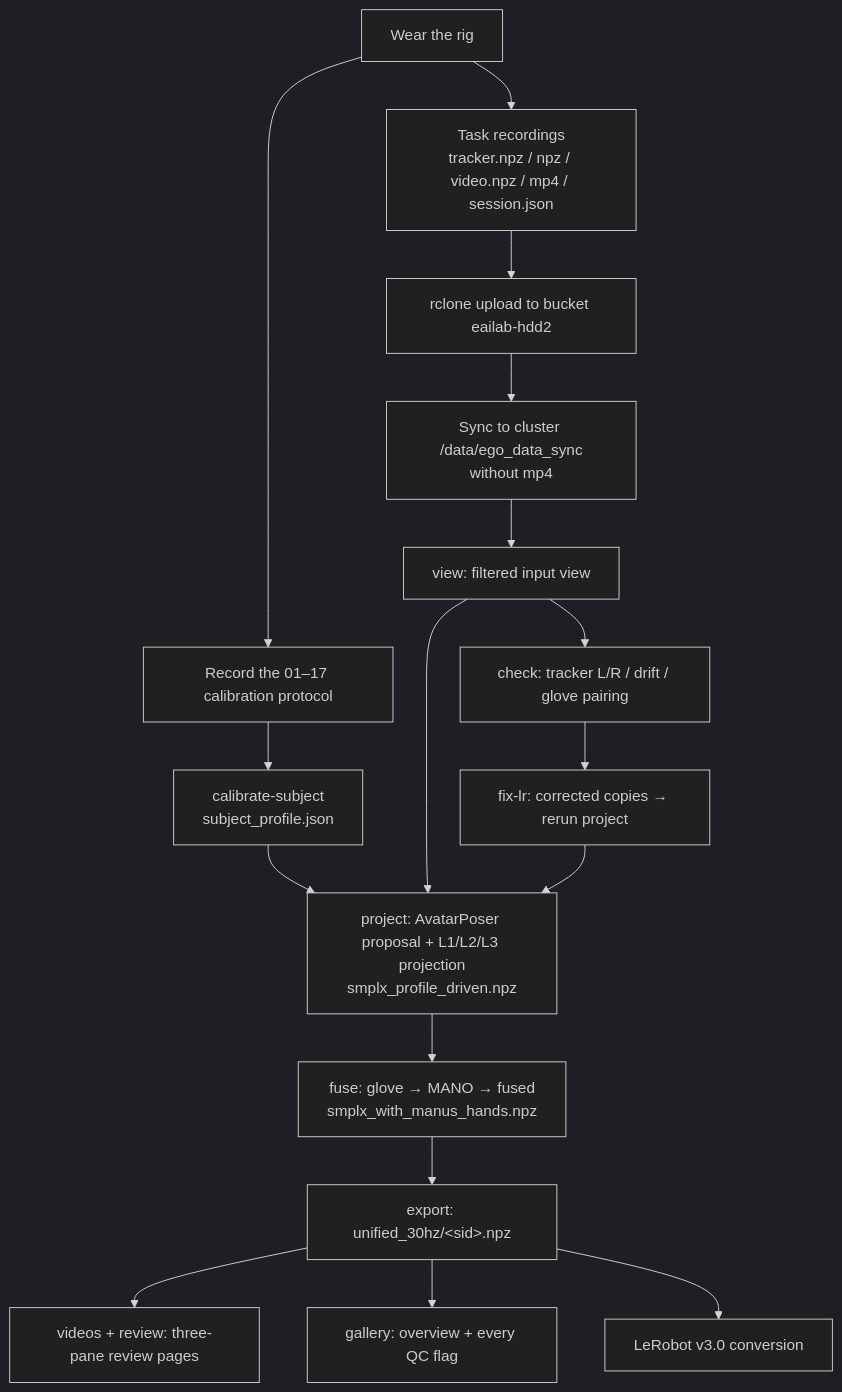
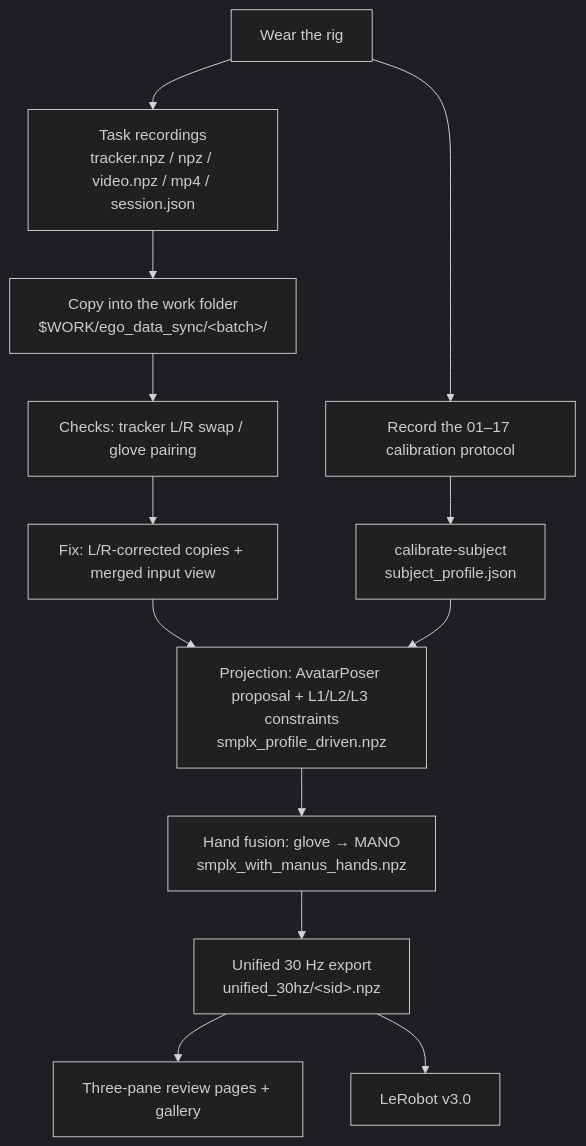
Before and after one commit to InternRobotics/EgoExplorer-Guidelines: the diagram in docs/en/00_overview.md, drawn with Mermaid (dark theme). The commit also changed other lines of this file and 24 other files, not shown here.

````diff
--- a/docs/en/00_overview.md
+++ b/docs/en/00_overview.md
@@ -20,19 +22,15 @@
 ```mermaid
 flowchart TD
     A[Wear the rig] --> B[Record the 01–17 calibration protocol]
     B --> C[calibrate-subject<br/>subject_profile.json]
     A --> D[Task recordings<br/>tracker.npz / npz / video.npz / mp4 / session.json]
-    D --> E[rclone upload to bucket eailab-hdd2]
-    E --> F[Sync to cluster /data/ego_data_sync<br/>without mp4]
-    F --> G[view: filtered input view]
-    G --> H[project: AvatarPoser proposal + L1/L2/L3 projection<br/>smplx_profile_driven.npz]
+    D --> E[Copy into the work folder<br/>$WORK/ego_data_sync/&lt;batch&gt;/]
+    E --> I[Checks: tracker L/R swap / glove pairing]
+    I --> J[Fix: L/R-corrected copies + merged input view]
+    J --> H[Projection: AvatarPoser proposal + L1/L2/L3 constraints<br/>smplx_profile_driven.npz]
     C --> H
-    G --> I[check: tracker L/R / drift / glove pairing]
-    I --> J[fix-lr: corrected copies → rerun project]
-    J --> H
-    H --> K[fuse: glove → MANO → fused<br/>smplx_with_manus_hands.npz]
-    K --> L[export: unified_30hz/&lt;sid&gt;.npz]
-    L --> M[videos + review: three-pane review pages]
-    L --> N[gallery: overview + every QC flag]
-    L --> O[LeRobot v3.0 conversion]
+    H --> K[Hand fusion: glove → MANO<br/>smplx_with_manus_hands.npz]
+    K --> L[Unified 30 Hz export<br/>unified_30hz/&lt;sid&gt;.npz]
+    L --> M[Three-pane review pages + gallery]
+    L --> O[LeRobot v3.0]
 ```
````
